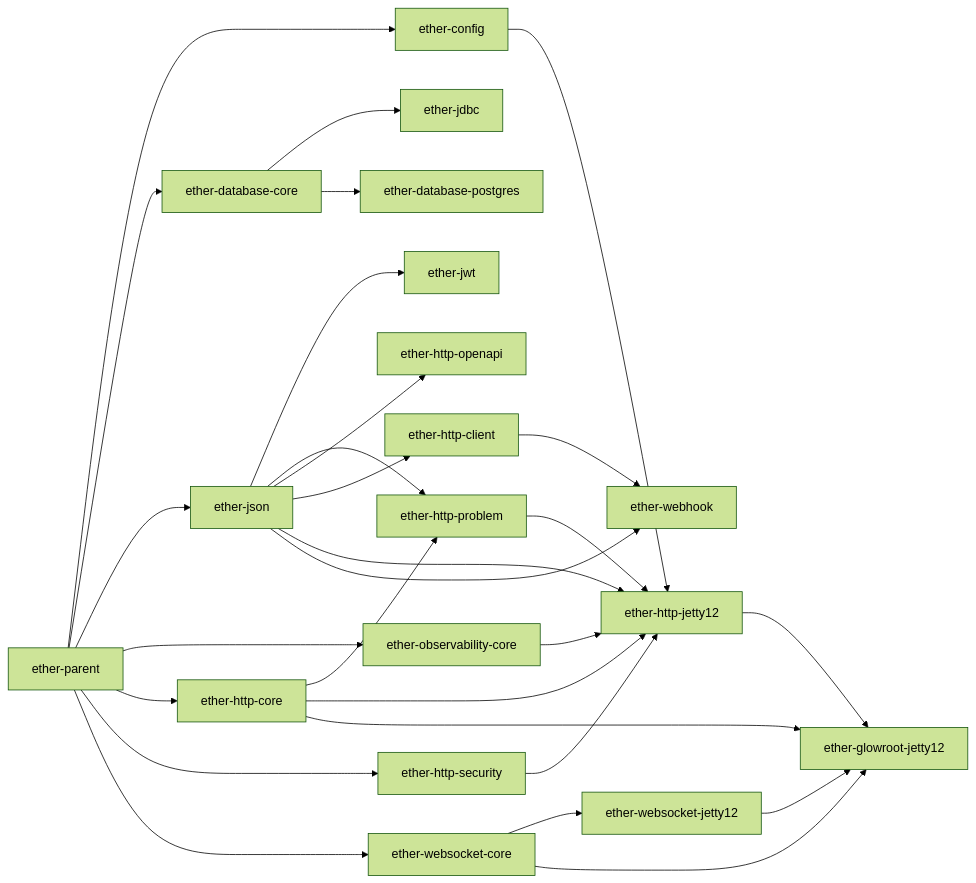
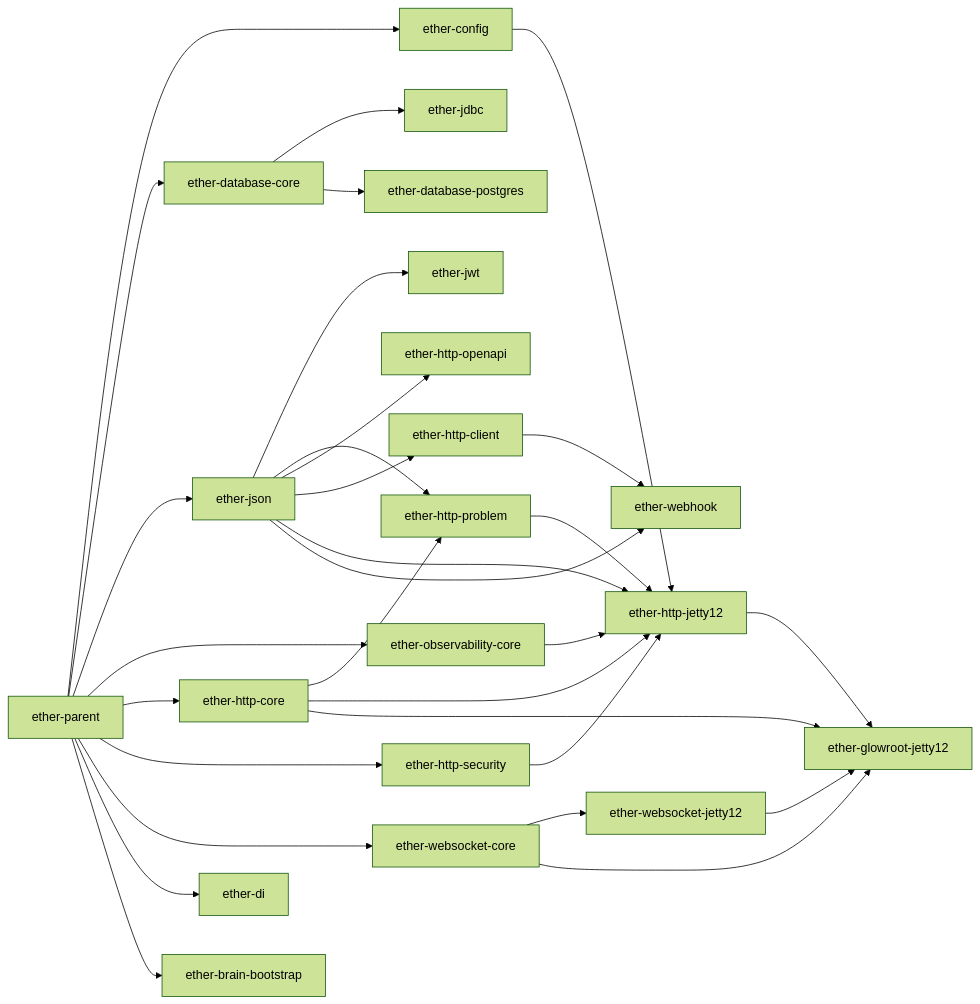
Before and after one commit to rafex/ether-deployment-hub: the second of 7 diagrams in README.md, drawn with Mermaid (forest theme). The commit also changed other lines of this file, not shown here.

First line of the commit message:
docs: restore ether-hexagonal-archetype, ether-brain and ether-di sections

````diff
--- a/README.md
+++ b/README.md
@@ -113,36 +133,39 @@
 ```mermaid
 graph LR
     P[ether-parent] --> CFG[ether-config]
     P --> DBC[ether-database-core]
     P --> JSON[ether-json]
     P --> OBS[ether-observability-core]
     P --> HC[ether-http-core]
     P --> SEC[ether-http-security]
     P --> WSC[ether-websocket-core]
 
     DBC --> JDBC[ether-jdbc]
     DBC --> PG[ether-database-postgres]
 
     JSON --> JWT[ether-jwt]
     JSON --> PROB[ether-http-problem]
     HC --> PROB
     JSON --> OAI[ether-http-openapi]
     JSON --> CLI[ether-http-client]
 
     CFG --> HJ[ether-http-jetty12]
     JSON --> HJ
     OBS --> HJ
     HC --> HJ
     SEC --> HJ
     PROB --> HJ
 
     WSC --> WSJ[ether-websocket-jetty12]
 
     CLI --> WH[ether-webhook]
     JSON --> WH
 
     HC --> GLW[ether-glowroot-jetty12]
     HJ --> GLW
     WSC --> GLW
     WSJ --> GLW
+
+    P --> DI[ether-di]
+    P --> BRAIN[ether-brain-bootstrap]
 ```
````
